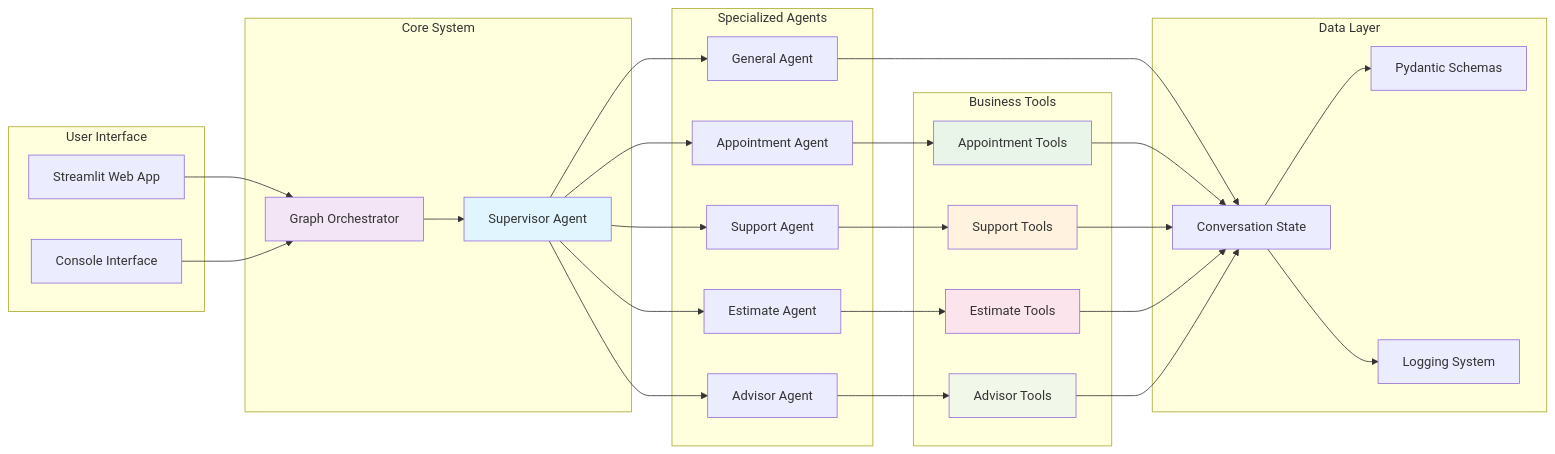
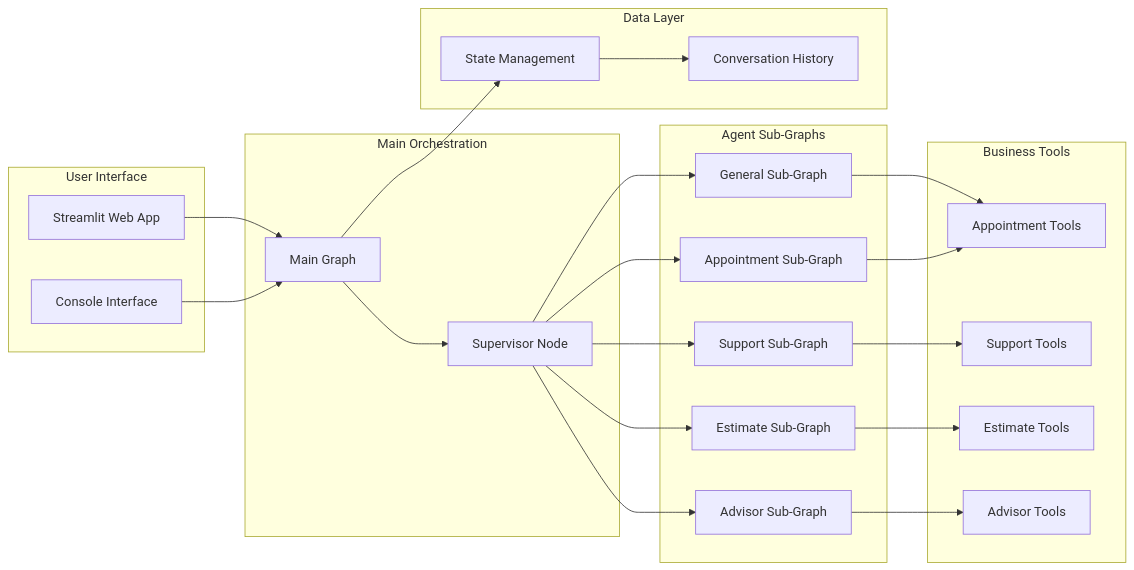
The second of 3 diagrams in README.md (pathak-vikash/multiagent-with-command), drawn with Mermaid before and after one commit. The commit also changed other lines of this file and 39 other files, not shown here.

First line of the commit message:
feat: Implement modular orchestration architecture with sub-graphs

````diff
--- a/README.md
+++ b/README.md
@@ -72,63 +78,50 @@
 ```mermaid
 graph LR
     subgraph "User Interface"
         A[Streamlit Web App]
         B[Console Interface]
     end
     
-    subgraph "Core System"
-        C[Supervisor Agent]
-        D[Graph Orchestrator]
+    subgraph "Main Orchestration"
+        C[Main Graph]
+        D[Supervisor Node]
     end
     
-    subgraph "Specialized Agents"
-        E[General Agent]
-        F[Appointment Agent]
-        G[Support Agent]
-        H[Estimate Agent]
-        I[Advisor Agent]
+    subgraph "Agent Sub-Graphs"
+        E[General Sub-Graph]
+        F[Appointment Sub-Graph]
+        G[Support Sub-Graph]
+        H[Estimate Sub-Graph]
+        I[Advisor Sub-Graph]
     end
     
     subgraph "Business Tools"
         J[Appointment Tools]
         K[Support Tools]
         L[Estimate Tools]
         M[Advisor Tools]
     end
     
     subgraph "Data Layer"
-        N[Conversation State]
-        O[Pydantic Schemas]
-        P[Logging System]
+        N[State Management]
+        O[Conversation History]
     end
     
-    A --> D
-    B --> D
-    D --> C
-    C --> E
-    C --> F
-    C --> G
-    C --> H
-    C --> I
+    A --> C
+    B --> C
+    C --> D
+    D --> E
+    D --> F
+    D --> G
+    D --> H
+    D --> I
     
-    E --> N
+    E --> J
     F --> J
     G --> K
     H --> L
     I --> M
     
-    J --> N
-    K --> N
-    L --> N
-    M --> N
-    
+    C --> N
     N --> O
-    N --> P
-    
-    style C fill:#e1f5fe
-    style D fill:#f3e5f5
-    style J fill:#e8f5e8
-    style K fill:#fff3e0
-    style L fill:#fce4ec
-    style M fill:#f1f8e9
 ```
````
